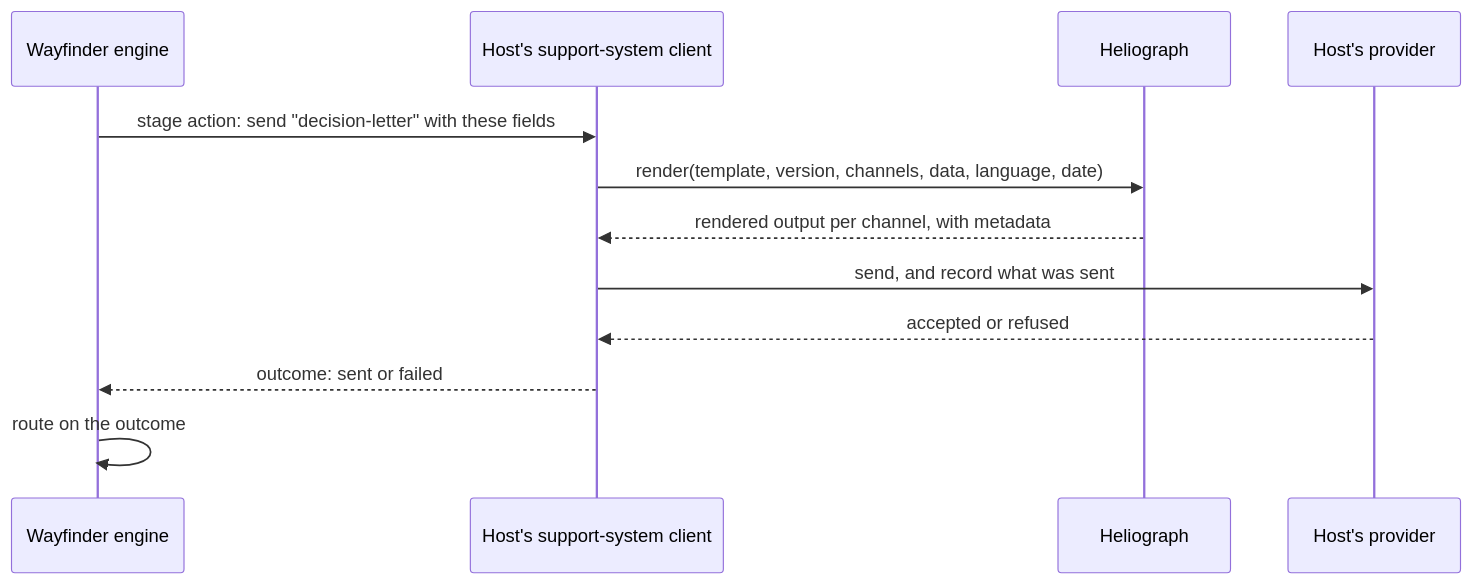
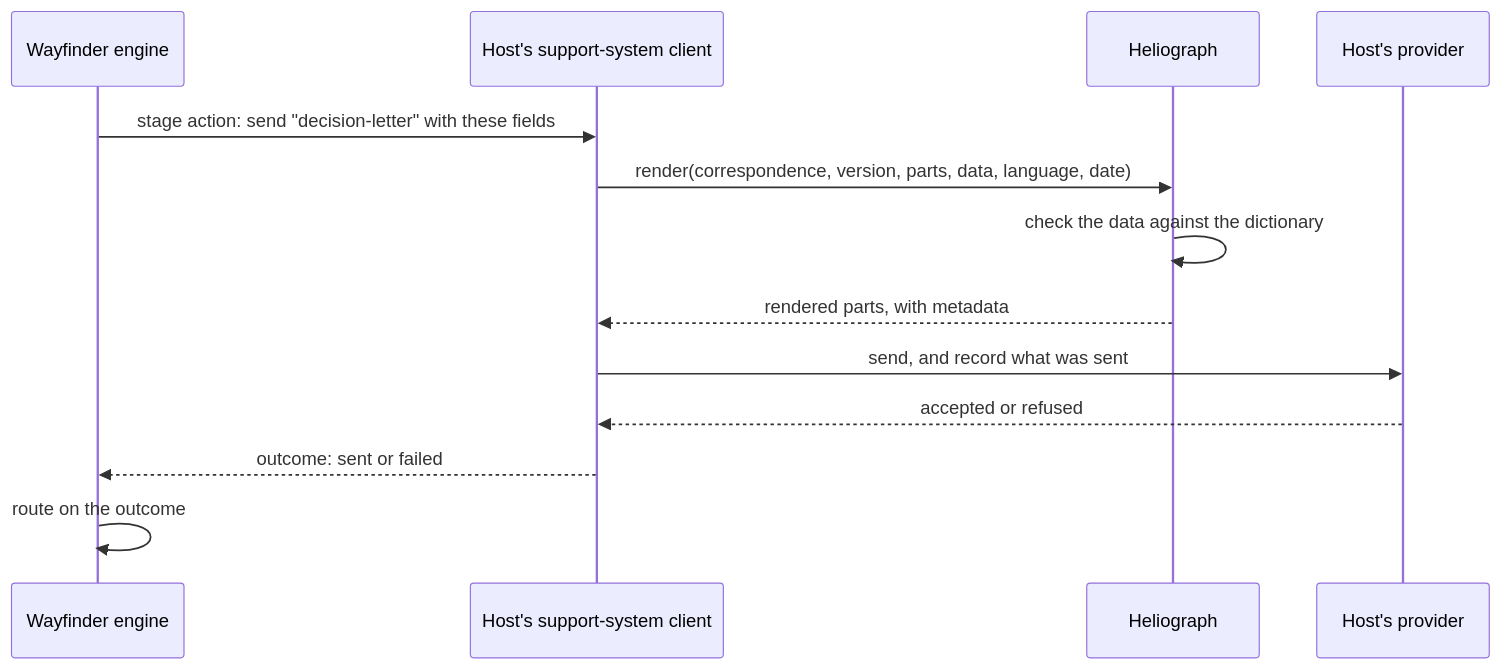
The fourth of 4 diagrams in docs/architecture.md (jonnymuir/Heliograph), drawn with Mermaid before and after one commit. The commit also changed other lines of this file and 5 other files, not shown here.

````diff
--- a/docs/architecture.md
+++ b/docs/architecture.md
@@ -125,14 +170,15 @@
 ```mermaid
 sequenceDiagram
   participant W as Wayfinder engine
   participant C as Host's support-system client
   participant H as Heliograph
   participant P as Host's provider
   W->>C: stage action: send "decision-letter" with these fields
-  C->>H: render(template, version, channels, data, language, date)
-  H-->>C: rendered output per channel, with metadata
+  C->>H: render(correspondence, version, parts, data, language, date)
+  H->>H: check the data against the dictionary
+  H-->>C: rendered parts, with metadata
   C->>P: send, and record what was sent
   P-->>C: accepted or refused
   C-->>W: outcome: sent or failed
   W->>W: route on the outcome
 ```
````
